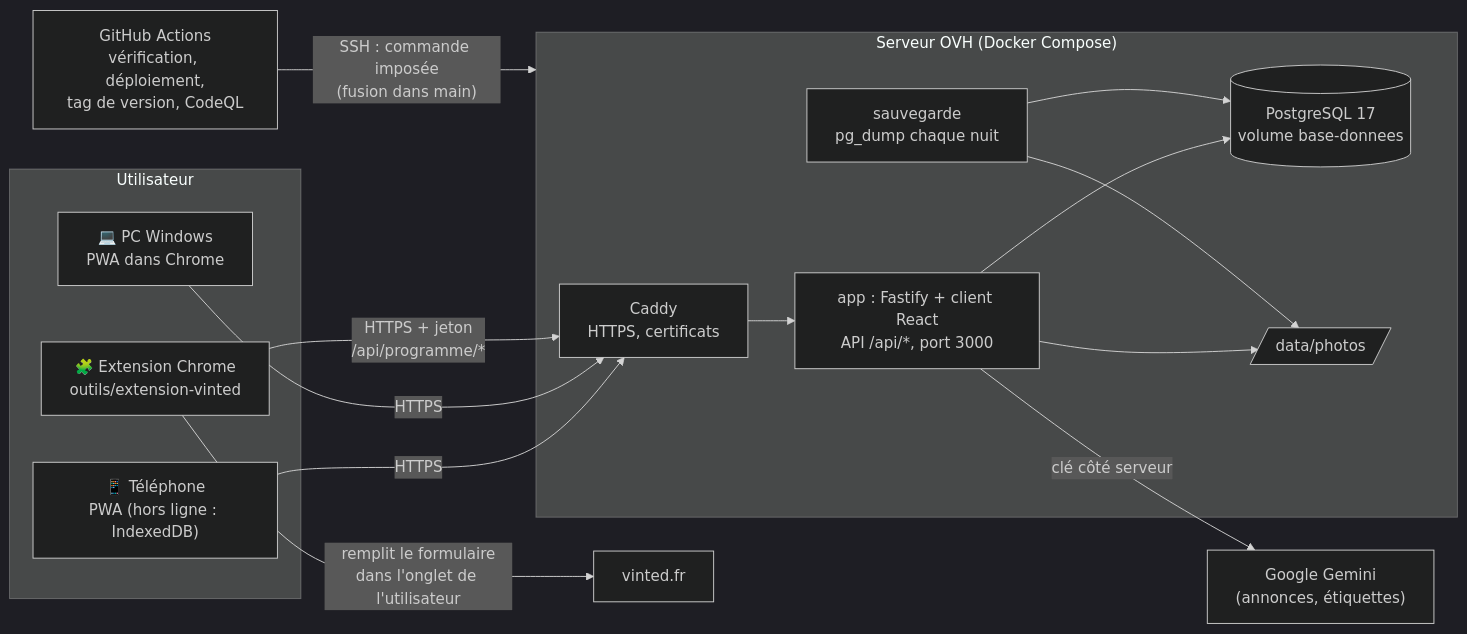
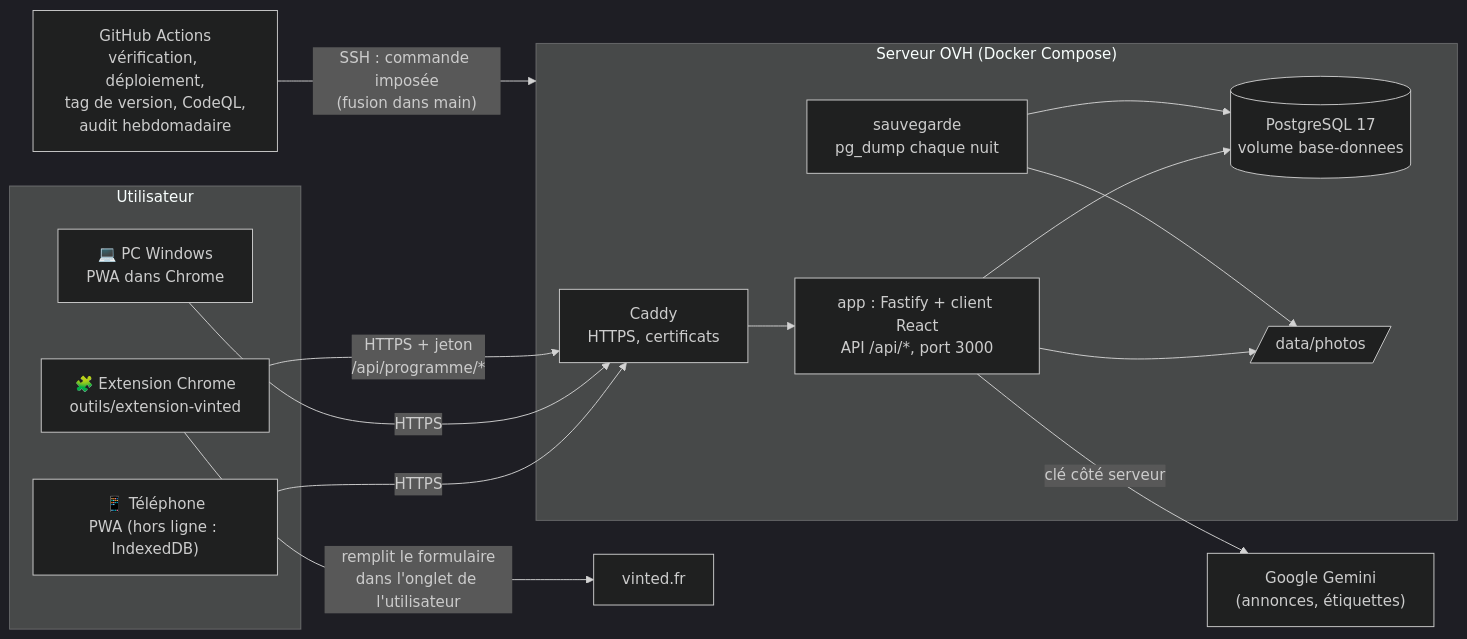
One commit to Plossec/Vinted-Helper changed the first of 3 diagrams in docs/architecture.md. Above: the diagram before and after it, drawn with Mermaid (dark theme). The commit also changed other lines of this file and 14 other files, not shown here.

````diff
--- a/docs/architecture.md
+++ b/docs/architecture.md
@@ -10,32 +10,32 @@
 ```mermaid
 flowchart LR
   subgraph Utilisateur
     tel["📱 Téléphone<br/>PWA (hors ligne : IndexedDB)"]
     pc["💻 PC Windows<br/>PWA dans Chrome"]
     ext["🧩 Extension Chrome<br/>outils/extension-vinted"]
   end
 
   subgraph OVH["Serveur OVH (Docker Compose)"]
     caddy["Caddy<br/>HTTPS, certificats"]
     app["app : Fastify + client React<br/>API /api/*, port 3000"]
     db[("PostgreSQL 17<br/>volume base-donnees")]
     photos[/"data/photos"/]
     sauv["sauvegarde<br/>pg_dump chaque nuit"]
   end
 
   gemini["Google Gemini<br/>(annonces, étiquettes)"]
   vinted["vinted.fr"]
-  gh["GitHub Actions<br/>vérification, déploiement,<br/>tag de version, CodeQL"]
+  gh["GitHub Actions<br/>vérification, déploiement,<br/>tag de version, CodeQL,<br/>audit hebdomadaire"]
 
   tel -- HTTPS --> caddy
   pc -- HTTPS --> caddy
   ext -- "HTTPS + jeton<br/>/api/programme/*" --> caddy
   caddy --> app
   app --> db
   app --> photos
   sauv --> db
   sauv --> photos
   app -- "clé côté serveur" --> gemini
   ext -- "remplit le formulaire<br/>dans l'onglet de l'utilisateur" --> vinted
   gh -- "SSH : commande imposée<br/>(fusion dans main)" --> OVH
 ```
````
